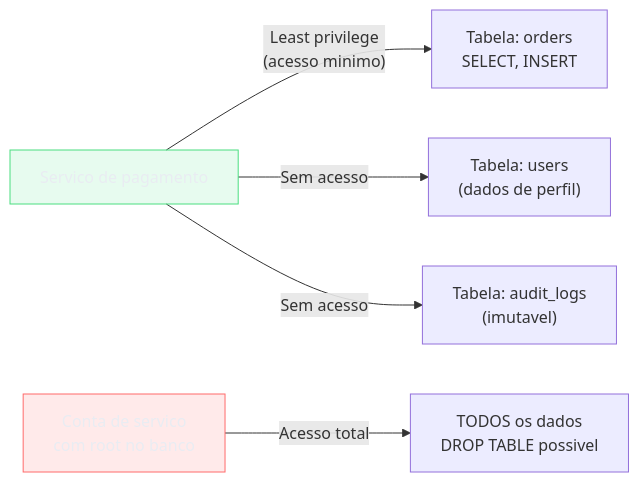
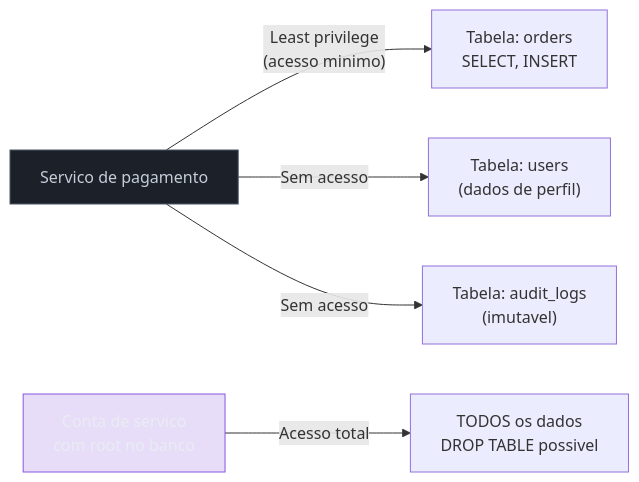
The fifth of 7 diagrams in 03-Dominios/Engenharia/Segurança/04 - Princípios de design seguro.md (josenaldo/codex-technomanticus), drawn with Mermaid before and after one commit. The commit also changed other lines of this file and 601 other files, not shown here.

````diff
--- a/03-Dominios/Engenharia/Segurança/04 - Princípios de design seguro.md
+++ b/03-Dominios/Engenharia/Segurança/04 - Princípios de design seguro.md
@@ -223,16 +223,16 @@
 ```mermaid
 graph LR
-    classDef ok fill:#4ADE8021,stroke:#4ADE80,color:#E9ECF2
-    classDef falha fill:#FF6B6B24,stroke:#FF6B6B,color:#E9ECF2
+    classDef marca fill:#8855DF33,stroke:#8855DF,color:#E9ECF2
+    classDef neutro fill:#1B2029,stroke:#4E5666,color:#C6CCD8
     SVC["Servico de pagamento"]
 
     SVC -->|"Least privilege\n(acesso minimo)"| DB1["Tabela: orders\nSELECT, INSERT"]
     SVC -->|"Sem acesso"| DB2["Tabela: users\n(dados de perfil)"]
     SVC -->|"Sem acesso"| DB3["Tabela: audit_logs\n(imutavel)"]
 
     SVC2["Conta de servico\ncom root no banco"]
     SVC2 -->|"Acesso total"| DB4["TODOS os dados\nDROP TABLE possivel"]
 
-    class SVC ok
-    class SVC2 falha
+    class SVC neutro
+    class SVC2 marca
 ```
````
